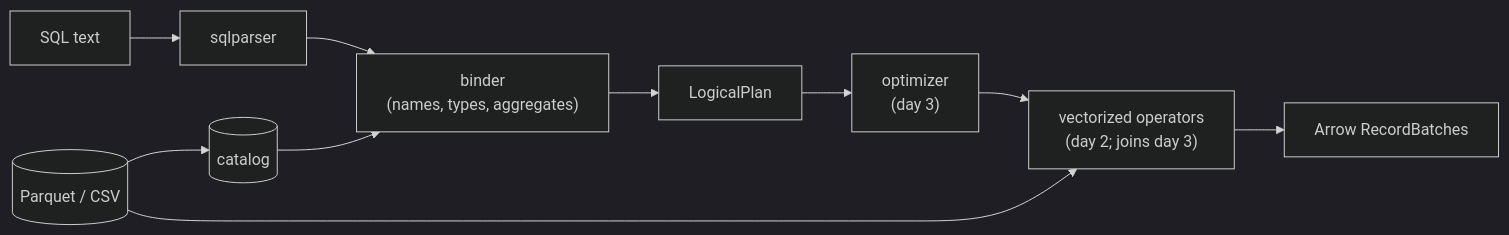
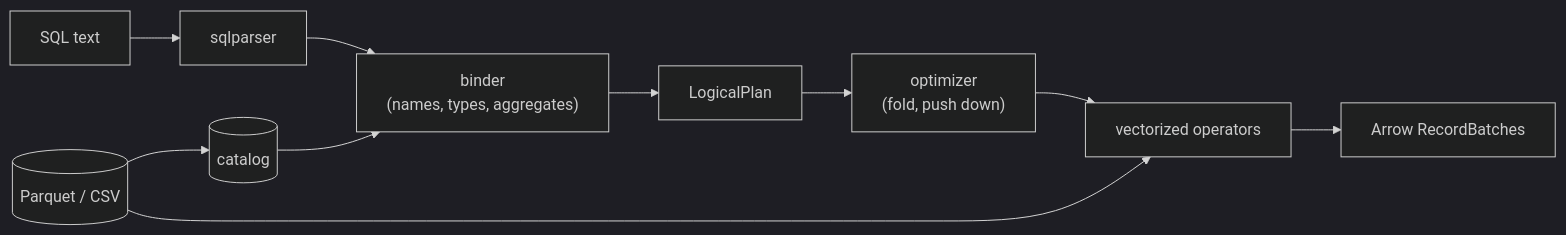
The diagram in README.md (vivekdavara/quarry), drawn with Mermaid (dark theme) before and after one commit. The commit also changed other lines of this file, not shown here.

First line of the commit message:
Bring the README to day 3: joins, optimizer, pruning, top-k

````diff
--- a/README.md
+++ b/README.md
@@ -22,12 +22,12 @@
 ```mermaid
 flowchart LR
     sql["SQL text"] --> parser["sqlparser"]
     parser --> binder["binder<br/>(names, types, aggregates)"]
     catalog[("catalog")] --> binder
     binder --> logical["LogicalPlan"]
-    logical --> opt["optimizer<br/>(day 3)"]
-    opt --> exec["vectorized operators<br/>(day 2; joins day 3)"]
+    logical --> opt["optimizer<br/>(fold, push down)"]
+    opt --> exec["vectorized operators"]
     files[("Parquet / CSV")] --> catalog
     files --> exec
     exec --> batches["Arrow RecordBatches"]
 ```
````
